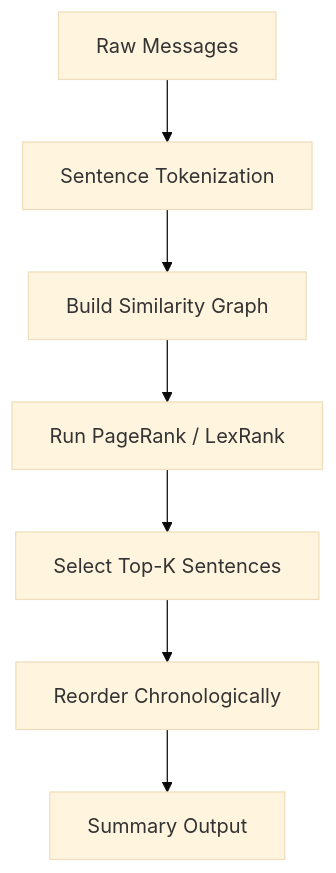
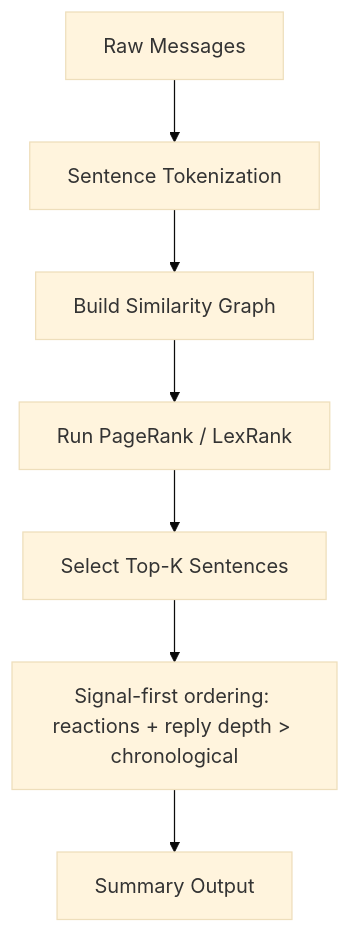
The second of 6 diagrams in docs/architecture.md (jdrews/dailybriefbot), drawn with Mermaid (base theme) before and after one commit. The commit also changed other lines of this file, not shown here.

Commit message:
Refine architecture documentation and update summarization pipeline details for MVP

````diff
--- a/docs/architecture.md
+++ b/docs/architecture.md
@@ -66,9 +68,9 @@
 ```mermaid
 flowchart TD
     A[Raw Messages] --> B[Sentence Tokenization]
     B --> C[Build Similarity Graph]
     C --> D[Run PageRank / LexRank]
     D --> E[Select Top-K Sentences]
-    E --> F[Reorder Chronologically]
+    E --> F[Signal-first ordering: reactions + reply depth > chronological]
     F --> G[Summary Output]
 ```
````
